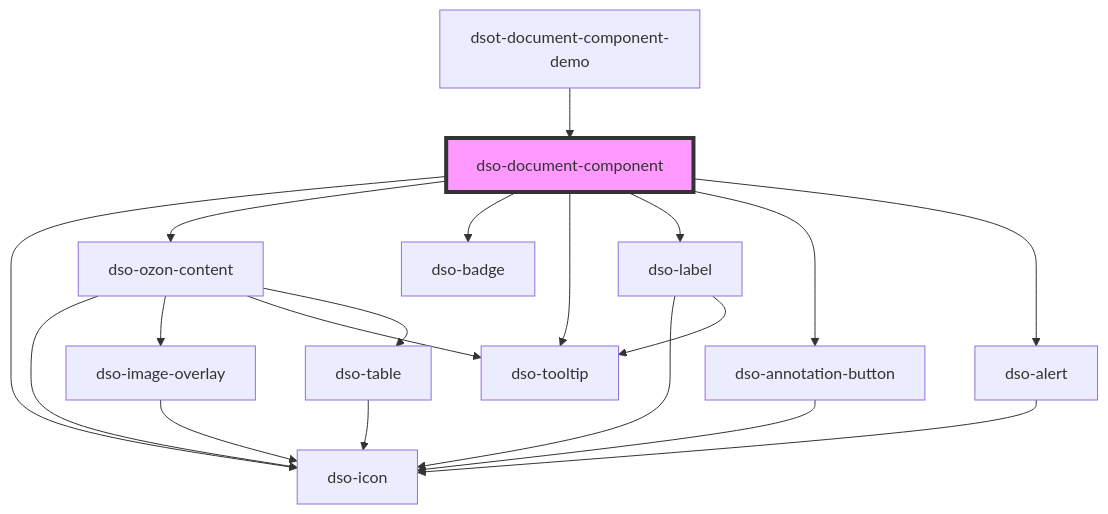
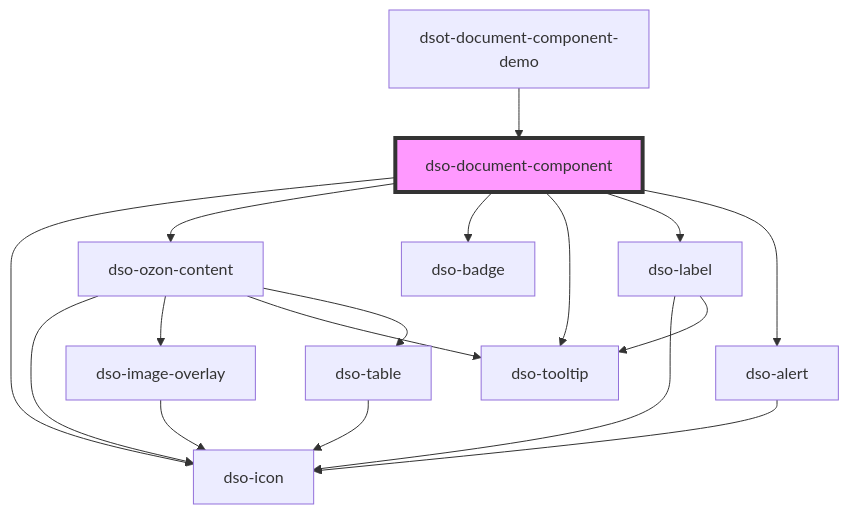
Before and after one commit to dso-toolkit/dso-toolkit: the diagram in packages/core/src/components/document-component/readme.md, drawn with Mermaid. The commit also changed other lines of this file and 27 other files, not shown here.

Commit message:
#2765 [Changed] Document Component: Panel implementeren

````diff
--- a/packages/core/src/components/document-component/readme.md
+++ b/packages/core/src/components/document-component/readme.md
@@ -71,22 +70,20 @@
 ```mermaid
 graph TD;
   dso-document-component --> dso-icon
   dso-document-component --> dso-ozon-content
   dso-document-component --> dso-badge
   dso-document-component --> dso-tooltip
   dso-document-component --> dso-label
-  dso-document-component --> dso-annotation-button
   dso-document-component --> dso-alert
   dso-ozon-content --> dso-icon
   dso-ozon-content --> dso-image-overlay
   dso-ozon-content --> dso-tooltip
   dso-ozon-content --> dso-table
   dso-image-overlay --> dso-icon
   dso-table --> dso-icon
   dso-label --> dso-icon
   dso-label --> dso-tooltip
-  dso-annotation-button --> dso-icon
   dso-alert --> dso-icon
   dsot-document-component-demo --> dso-document-component
   style dso-document-component fill:#f9f,stroke:#333,stroke-width:4px
 ```
````
